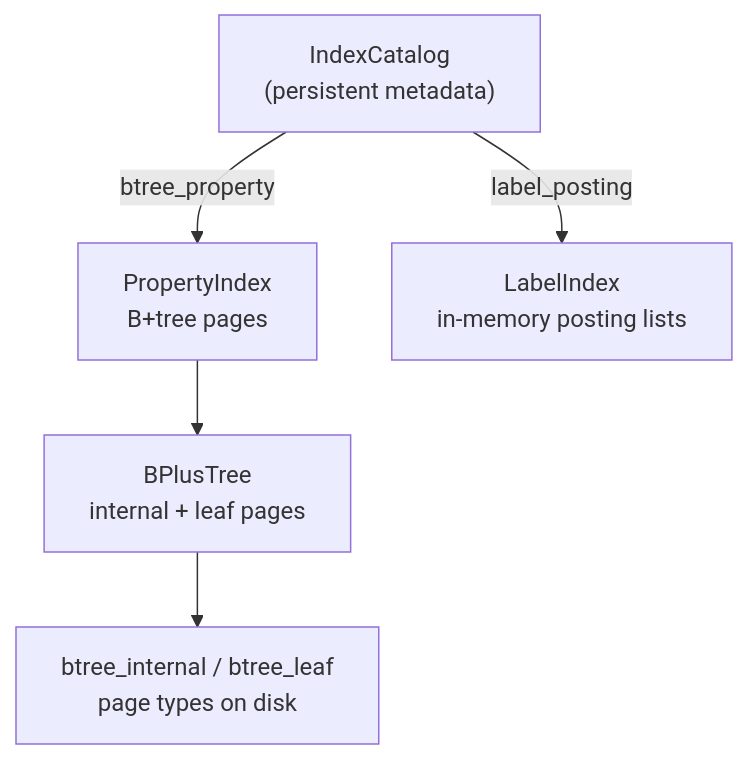
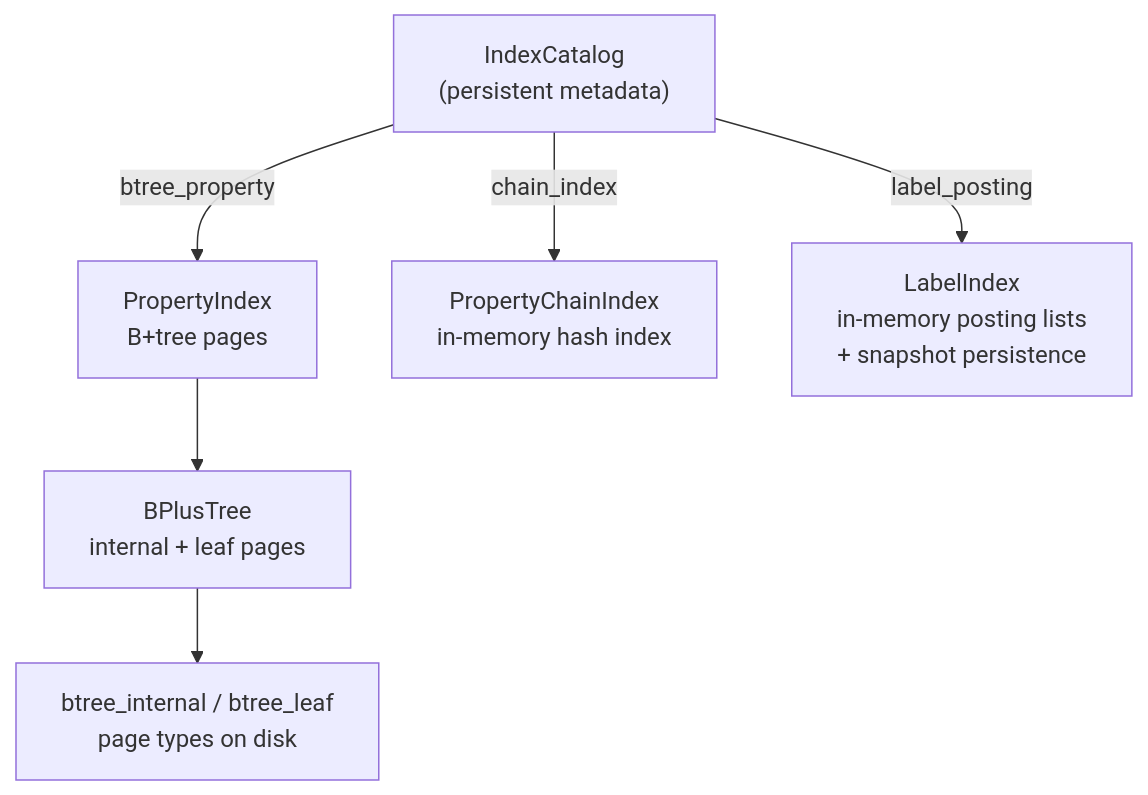
One commit to geodedb/zig-graph-storage changed diagram 13 of 13 in docs/architecture.md. Above: the diagram before and after it, drawn with Mermaid. The commit also changed other lines of this file, not shown here.

First line of the commit message:
docs: close QUAL-0021 - update architecture doc with PropertyChainIndex

````diff
--- a/docs/architecture.md
+++ b/docs/architecture.md
@@ -458,9 +469,10 @@
 ```mermaid
 graph TD
     IC["IndexCatalog<br/>(persistent metadata)"]
     IC -->|"btree_property"| PI["PropertyIndex<br/>B+tree pages"]
-    IC -->|"label_posting"| LI["LabelIndex<br/>in-memory posting lists"]
+    IC -->|"chain_index"| PCI["PropertyChainIndex<br/>in-memory hash index"]
+    IC -->|"label_posting"| LI["LabelIndex<br/>in-memory posting lists<br/>+ snapshot persistence"]
 
     PI --> BT["BPlusTree<br/>internal + leaf pages"]
     BT --> Disk["btree_internal / btree_leaf<br/>page types on disk"]
 ```
````
